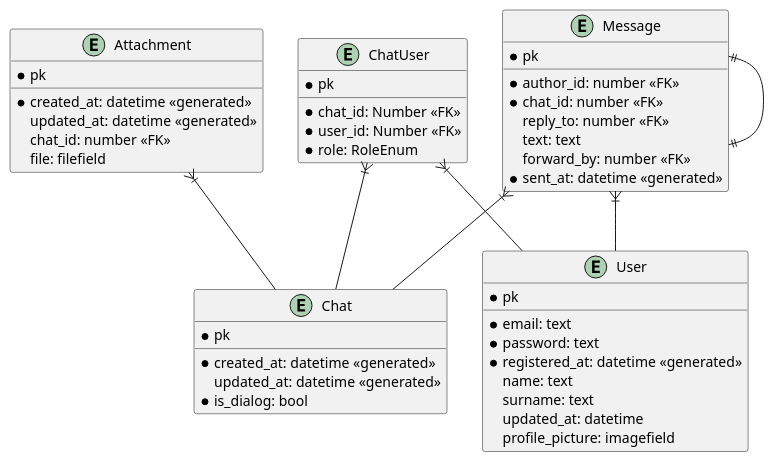
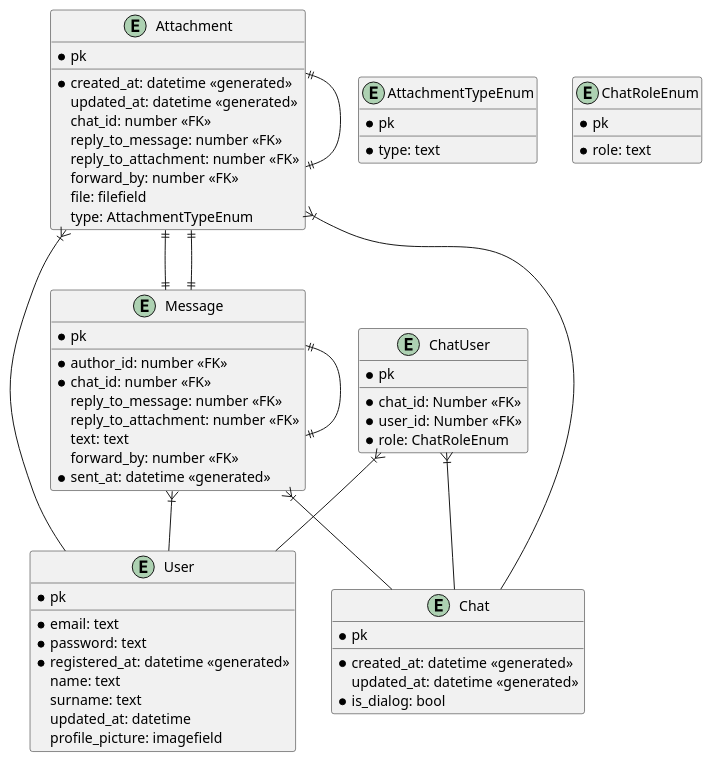
One commit to Timur-Gizatullin/messenger changed the diagram in docs/er_diagram/v0.1.0-er_init.puml. Above: the diagram before and after it, drawn with PlantUML. The commit also changed 1 other file, not shown here.

Commit message:
! update diagrams

```diff
--- a/docs/er_diagram/v0.1.0-er_init.puml
+++ b/docs/er_diagram/v0.1.0-er_init.puml
@@ -1,61 +1,84 @@
 @startuml
 entity Chat {
 * pk
 __
 *created_at: datetime <<generated>>
 updated_at: datetime <<generated>>
 *is_dialog: bool
 }
 
+entity AttachmentTypeEnum {
+* pk
+__
+*type: text
+}
+
 entity Attachment {
 * pk
 __
 *created_at: datetime <<generated>>
 updated_at: datetime <<generated>>
 chat_id: number <<FK>>
+reply_to_message: number <<FK>>
+reply_to_attachment: number <<FK>>
+forward_by: number <<FK>>
 file: filefield
+type: AttachmentTypeEnum
 }
 
 entity Message {
 * pk
 __
 *author_id: number <<FK>>
 *chat_id: number <<FK>>
-reply_to: number <<FK>>
+reply_to_message: number <<FK>>
+reply_to_attachment: number <<FK>>
 text: text
 forward_by: number <<FK>>
 *sent_at: datetime <<generated>>
 }
 
 entity User {
 * pk
 __
 *email: text
 *password: text
 *registered_at: datetime <<generated>>
 name: text
 surname: text
 updated_at: datetime
 profile_picture: imagefield
 }
 
+entity ChatRoleEnum {
+* pk
+__
+*role: text
+}
+
 entity ChatUser {
 * pk
 __
 * chat_id: Number <<FK>>
 * user_id: Number <<FK>>
-* role: RoleEnum
+* role: ChatRoleEnum
 }
 
 
 ChatUser }|-- User
 ChatUser }|-- Chat
 
 
 Message }|-- User
 Message }|-- Chat
 
 Attachment }|-- Chat
 
 Message ||--|| Message
+Message ||--|| Attachment
+
+Attachment ||--|| Message
+Attachment ||--|| Attachment
+
+Attachment }|-- User
 @enduml
```
